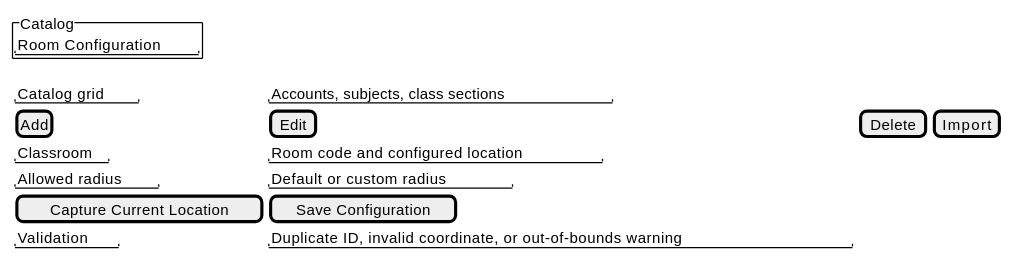
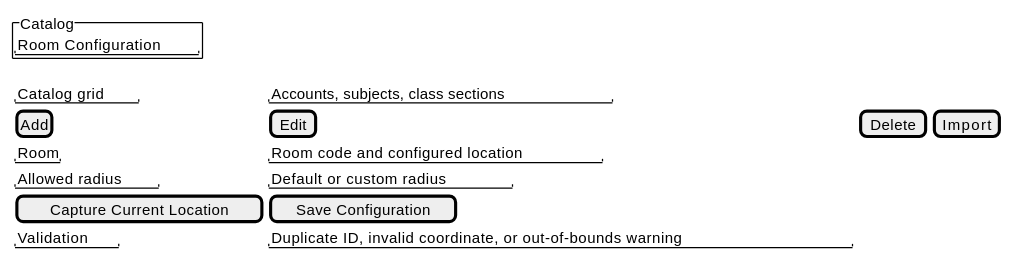
One commit to nttung42/SWD392 changed the sixth of 29 diagrams in docs/sds/2_Analysis.md. Above: the diagram before and after it, drawn with PlantUML. The commit also changed other lines of this file and 2 other files, not shown here.

````diff
--- a/docs/sds/2_Analysis.md
+++ b/docs/sds/2_Analysis.md
@@ -338,15 +346,15 @@
 ```plantuml
 @startsalt
 {
   {^"Catalog" | "Room Configuration"}
   {
     "Catalog grid" | "Accounts, subjects, class sections"
     [Add] | [Edit] | [Delete] | [Import]
-    "Classroom" | "Room code and configured location"
+    "Room" | "Room code and configured location"
     "Allowed radius" | "Default or custom radius"
     [Capture Current Location] | [Save Configuration]
     "Validation" | "Duplicate ID, invalid coordinate, or out-of-bounds warning"
   }
 }
 @endsalt
 ```
````
